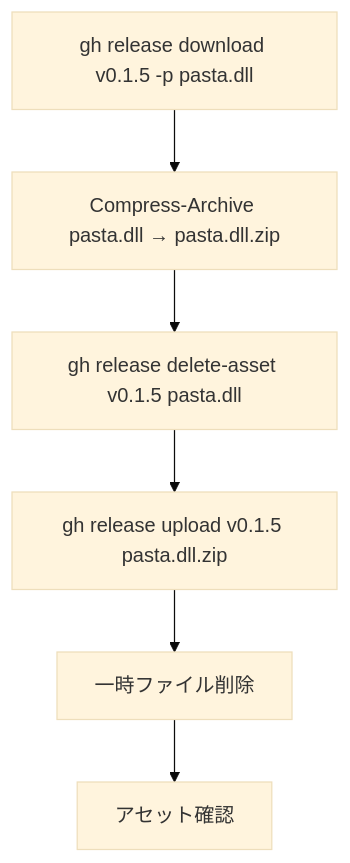
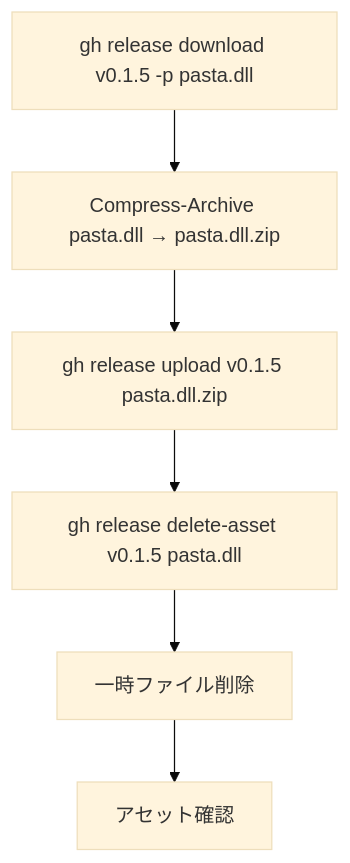
Before and after one commit to ekicyou/pasta: the second of 2 diagrams in .kiro/specs/release-workflow-dll-zip-fix/design.md, drawn with Mermaid (base theme). The commit also changed other lines of this file and 1 other file, not shown here.

First line of the commit message:
spec(release-workflow-dll-zip-fix): 設計レビュー反映 - v0.1.5差し替え順序修正

````diff
--- a/.kiro/specs/release-workflow-dll-zip-fix/design.md
+++ b/.kiro/specs/release-workflow-dll-zip-fix/design.md
@@ -60,8 +60,8 @@
 ```mermaid
 flowchart TD
     V1[gh release download v0.1.5 -p pasta.dll] --> V2[Compress-Archive pasta.dll → pasta.dll.zip]
-    V2 --> V3[gh release delete-asset v0.1.5 pasta.dll]
-    V3 --> V4[gh release upload v0.1.5 pasta.dll.zip]
+    V2 --> V3[gh release upload v0.1.5 pasta.dll.zip]
+    V3 --> V4[gh release delete-asset v0.1.5 pasta.dll]
     V4 --> V5[一時ファイル削除]
     V5 --> V6[アセット確認]
 ```
````
